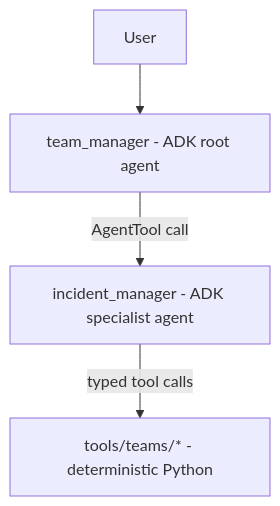
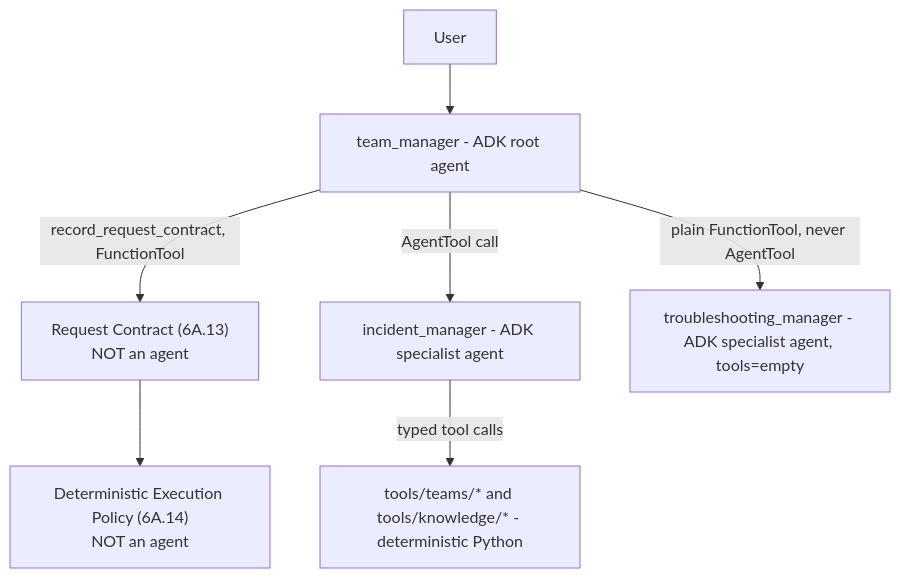
Before and after one commit to drak0niii/SLOPANOC: the first of 2 diagrams in docs/AGENT_CONTRACT.md, drawn with Mermaid. The commit also changed other lines of this file and 206 other files, not shown here.

````diff
--- a/docs/AGENT_CONTRACT.md
+++ b/docs/AGENT_CONTRACT.md
@@ -42,6 +57,9 @@
 ```mermaid
 flowchart TD
     User --> TM[team_manager - ADK root agent]
+    TM -->|record_request_contract, FunctionTool| RC["Request Contract (6A.13)<br/>NOT an agent"]
+    RC --> EP["Deterministic Execution Policy (6A.14)<br/>NOT an agent"]
     TM -->|AgentTool call| IM[incident_manager - ADK specialist agent]
-    IM -->|typed tool calls| TOOLS[tools/teams/* - deterministic Python]
+    TM -->|plain FunctionTool, never AgentTool| TSM[troubleshooting_manager - ADK specialist agent, tools=empty]
+    IM -->|typed tool calls| TOOLS[tools/teams/* and tools/knowledge/* - deterministic Python]
 ```
````
